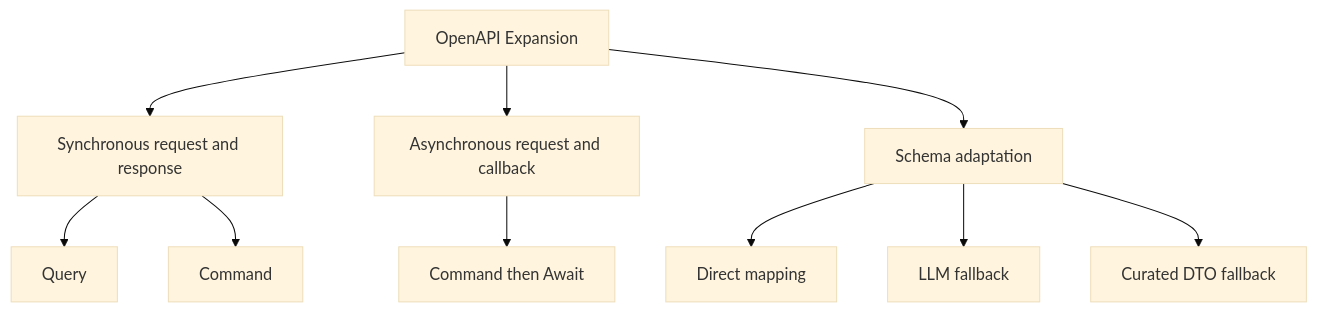
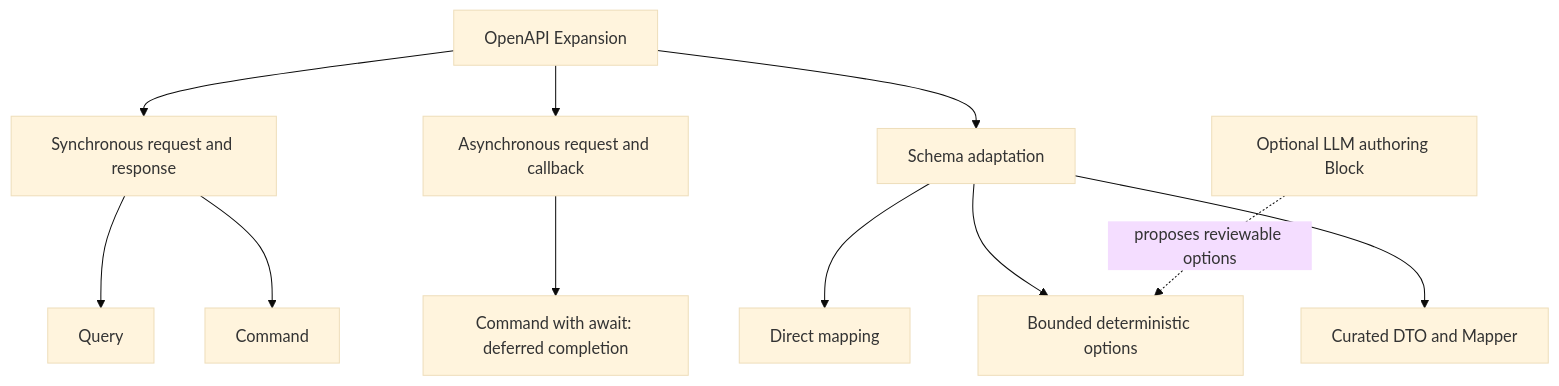
Before and after one commit to The-Pipeline-Framework/pipelineframework: the second of 2 diagrams in docs/value/saas-integration.md, drawn with Mermaid (base theme). The commit also changed other lines of this file and 11 other files, not shown here.

Commit message:
docs: promote OpenAPI deferred completion

````diff
--- a/docs/value/saas-integration.md
+++ b/docs/value/saas-integration.md
@@ -74,13 +75,14 @@
 ```mermaid
 flowchart TB
     O[OpenAPI Expansion]
     O --> S[Synchronous request and response]
     S --> Q[Query]
     S --> C[Command]
     O --> AC[Asynchronous request and callback]
-    AC --> CA[Command then Await]
+    AC --> CA[Command with await: deferred completion]
     O --> SA[Schema adaptation]
     SA --> DM[Direct mapping]
-    SA --> LF[LLM fallback]
-    SA --> DF[Curated DTO fallback]
+    SA --> BO[Bounded deterministic options]
+    SA --> DF[Curated DTO and Mapper]
+    LP[Optional LLM authoring Block] -. proposes reviewable options .-> BO
 ```
````
